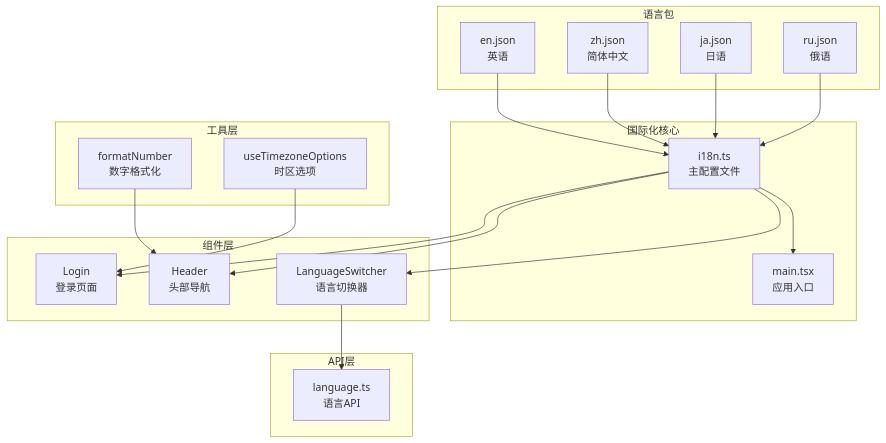
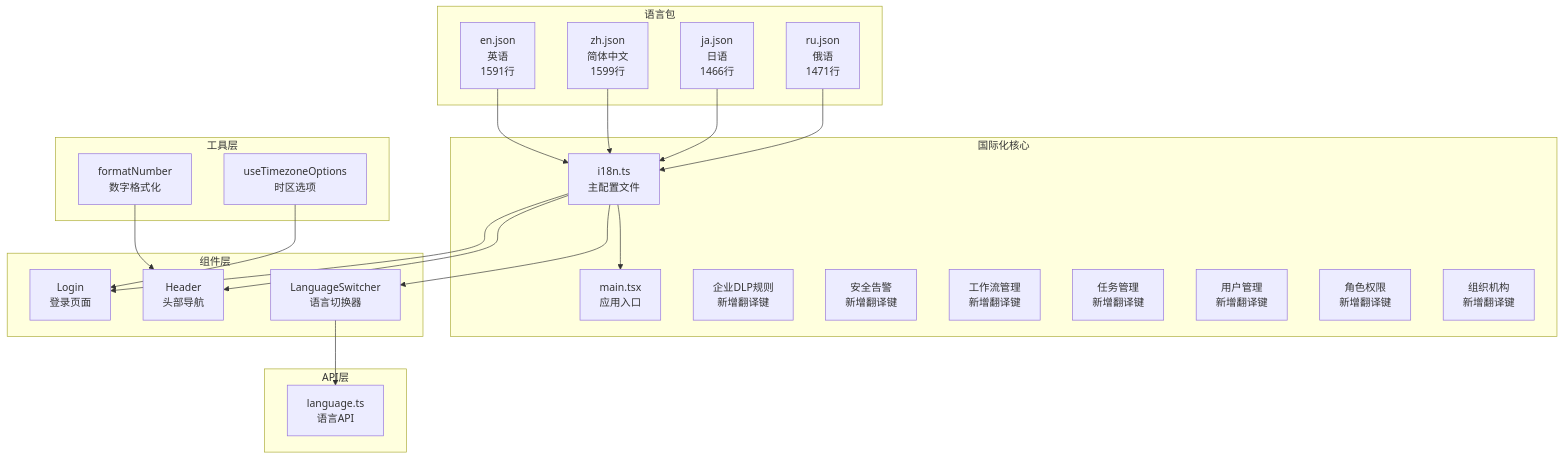
The first of 8 diagrams in .qoder/repowiki/zh/content/前端控制台/国际化系统.md (joezxh/CoPaw), drawn with Mermaid before and after one commit. The commit also changed other lines of this file and 20 other files, not shown here.

````diff
--- a/.qoder/repowiki/zh/content/前端控制台/国际化系统.md
+++ b/.qoder/repowiki/zh/content/前端控制台/国际化系统.md
@@ -47,36 +59,43 @@
 ```mermaid
 graph TB
 subgraph "国际化核心"
 I18N[i18n.ts<br/>主配置文件]
 MAIN[main.tsx<br/>应用入口]
+ENDOT[企业DLP规则<br/>新增翻译键]
+ALERTS[安全告警<br/>新增翻译键]
+ENDOWF[工作流管理<br/>新增翻译键]
+ENDOTASK[任务管理<br/>新增翻译键]
+ENDOUSER[用户管理<br/>新增翻译键]
+ENDOROLE[角色权限<br/>新增翻译键]
+ENDOORG[组织机构<br/>新增翻译键]
 end
 subgraph "语言包"
-EN[en.json<br/>英语]
-ZH[zh.json<br/>简体中文]
-JA[ja.json<br/>日语]
-RU[ru.json<br/>俄语]
+EN[en.json<br/>英语<br/>1591行]
+ZH[zh.json<br/>简体中文<br/>1599行]
+JA[ja.json<br/>日语<br/>1466行]
+RU[ru.json<br/>俄语<br/>1471行]
 end
 subgraph "组件层"
 SWITCH[LanguageSwitcher<br/>语言切换器]
 HEADER[Header<br/>头部导航]
 LOGIN[Login<br/>登录页面]
 end
 subgraph "工具层"
 FORMAT[formatNumber<br/>数字格式化]
 TIMEZONE[useTimezoneOptions<br/>时区选项]
 end
 subgraph "API层"
 LANGUAGE[language.ts<br/>语言API]
 end
 I18N --> MAIN
 I18N --> SWITCH
 I18N --> HEADER
 I18N --> LOGIN
 EN --> I18N
 ZH --> I18N
 JA --> I18N
 RU --> I18N
 SWITCH --> LANGUAGE
 FORMAT --> HEADER
 TIMEZONE --> LOGIN
 ```
````
